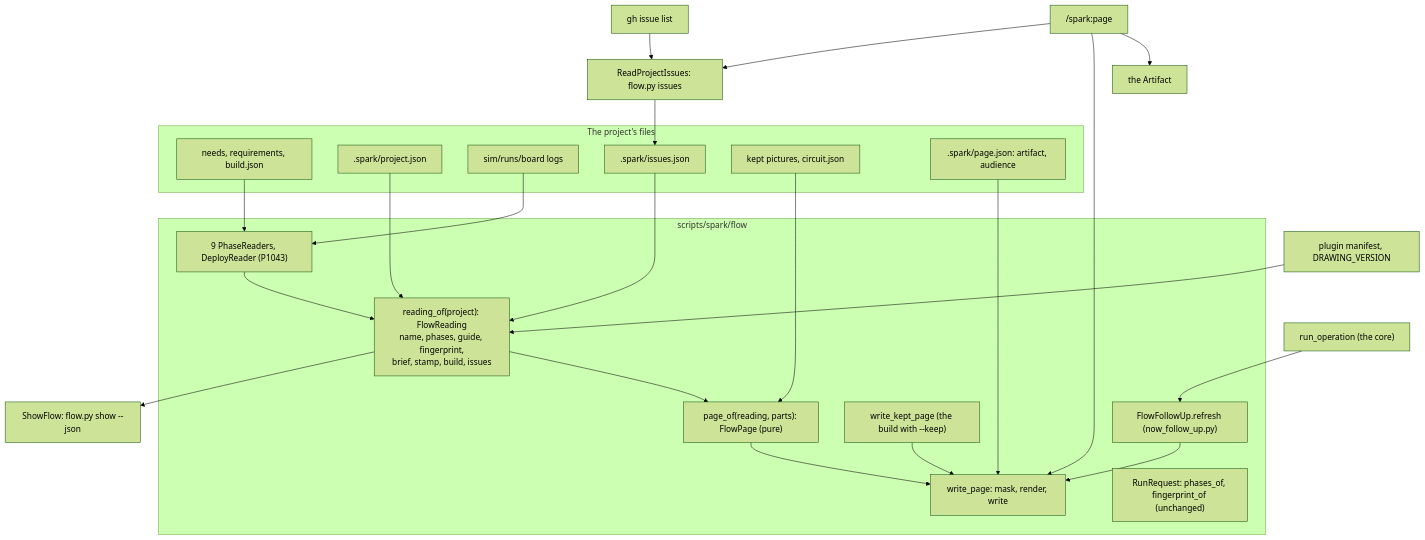
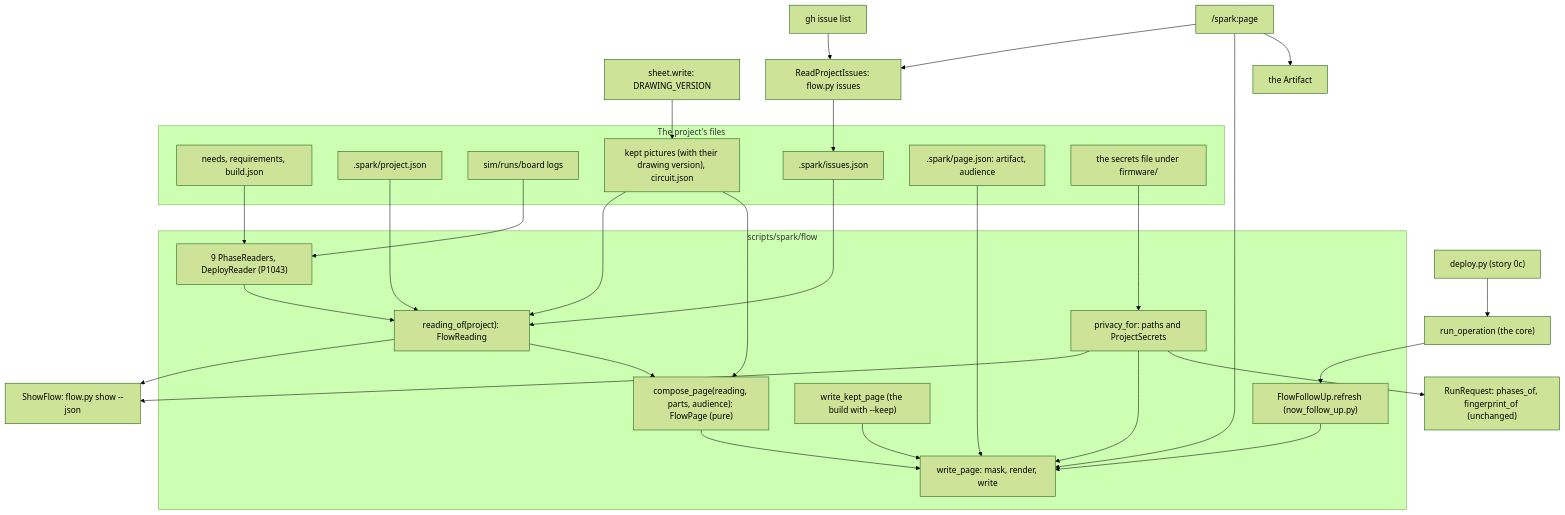
Before and after one commit to xmejkal/spark: the first of 5 diagrams in docs/discovery/2026-11-23-p1038-page-design/design.md, drawn with Mermaid (forest theme). The commit also changed other lines of this file, not shown here.

````diff
--- a/docs/discovery/2026-11-23-p1038-page-design/design.md
+++ b/docs/discovery/2026-11-23-p1038-page-design/design.md
@@ -44,36 +51,43 @@
 ```mermaid
 flowchart TB
   subgraph files["The project's files"]
     F1["needs, requirements, build.json"]
     F2[".spark/project.json"]
     F3["sim/runs/board logs"]
     F4[".spark/issues.json"]
-    F5["kept pictures, circuit.json"]
+    F5["kept pictures (with their drawing version), circuit.json"]
     F6[".spark/page.json: artifact, audience"]
+    F7["the secrets file under firmware/"]
   end
   subgraph flow["scripts/spark/flow"]
     PR["9 PhaseReaders, DeployReader (P1043)"]
-    RD["reading_of(project): FlowReading<br/>name, phases, guide, fingerprint,<br/>brief, stamp, build, issues"]
-    PO["page_of(reading, parts): FlowPage (pure)"]
+    RD["reading_of(project): FlowReading"]
+    CP["compose_page(reading, parts, audience): FlowPage (pure)"]
     WP["write_page: mask, render, write"]
+    PV["privacy_for: paths and ProjectSecrets"]
     KP["write_kept_page (the build with --keep)"]
-    RR["RunRequest: phases_of, fingerprint_of (unchanged)"]
     FU["FlowFollowUp.refresh (now_follow_up.py)"]
   end
   F1 --> PR --> RD
   F3 --> PR
   F2 --> RD
   F4 --> RD
-  MF["plugin manifest, DRAWING_VERSION"] --> RD
+  F5 --> RD
+  F7 --> PV
   RD --> SH["ShowFlow: flow.py show --json"]
-  RD --> PO --> WP
-  F5 --> PO
+  RD --> CP --> WP
+  F5 --> CP
   F6 --> WP
+  PV --> SH
+  PV --> WP
+  PV --> RR["RunRequest: phases_of, fingerprint_of (unchanged)"]
   KP --> WP
   FU --> WP
   CORE["run_operation (the core)"] --> FU
+  DP["deploy.py (story 0c)"] --> CORE
+  SW["sheet.write: DRAWING_VERSION"] --> F5
   GH["gh issue list"] --> RI["ReadProjectIssues: flow.py issues"] --> F4
   SP["/spark:page"] --> RI
   SP --> WP
   SP --> AR["the Artifact"]
 ```
````
